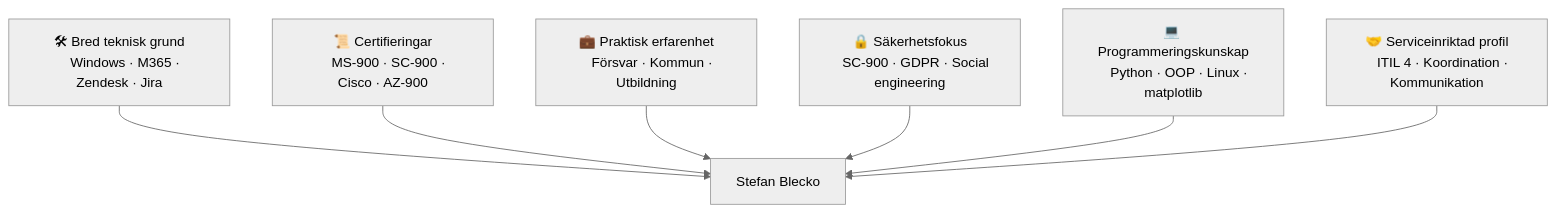
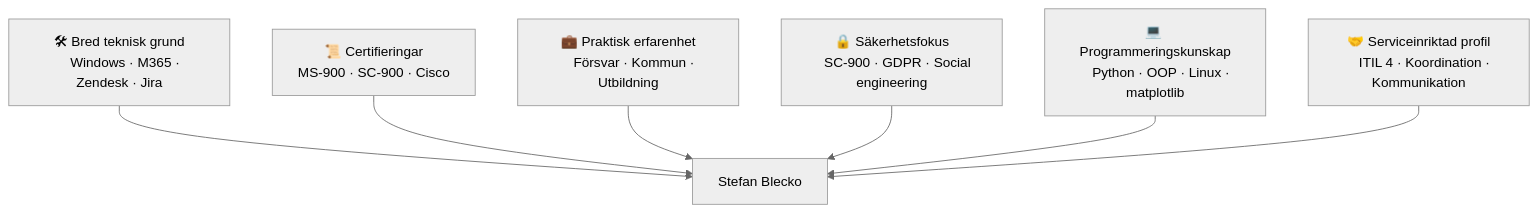
Before and after one commit to steble70/scriptlab: the diagram in README.md, drawn with Mermaid (neutral theme).

Commit message:
Fix flowchart direction and update certifications

````diff
--- a/README.md
+++ b/README.md
@@ -1,24 +1,24 @@
 ```mermaid
-flowchart TB
+flowchart TD
     STEFAN["Stefan Blecko"]
 
     A["🛠 Bred teknisk grund
     Windows · M365 · Zendesk · Jira"]
     B["📜 Certifieringar
-    MS-900 · SC-900 · Cisco · AZ-900"]
+    MS-900 · SC-900 · Cisco"]
     C["💼 Praktisk erfarenhet
     Försvar · Kommun · Utbildning"]
     D["🔒 Säkerhetsfokus
     SC-900 · GDPR · Social engineering"]
     E["💻 Programmeringskunskap
     Python · OOP · Linux · matplotlib"]
     F["🤝 Serviceinriktad profil
     ITIL 4 · Koordination · Kommunikation"]
 
     A --> STEFAN
     B --> STEFAN
     C --> STEFAN
     D --> STEFAN
     E --> STEFAN
     F --> STEFAN
 ```
````
